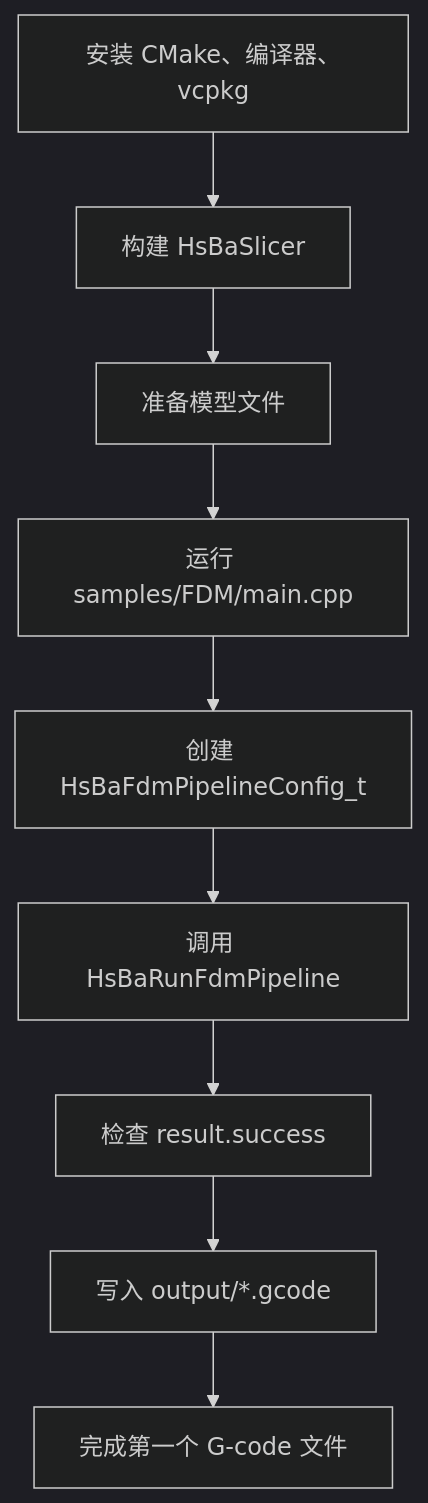
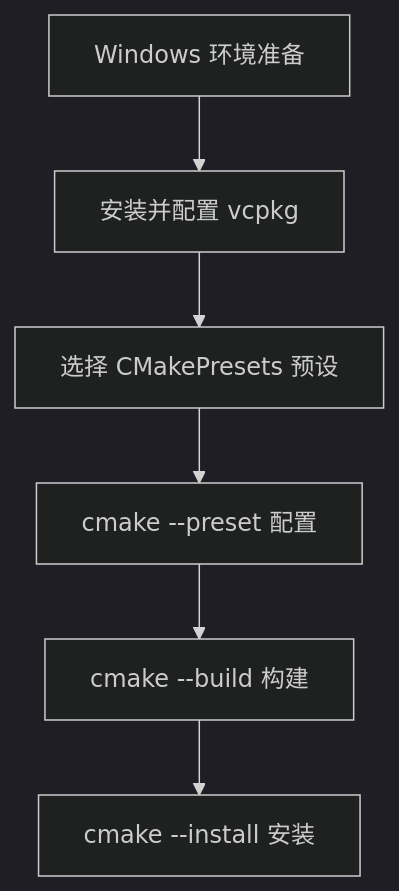
Before and after one commit to hsmbanlance/HsBaSlicer: the seventh of 10 diagrams in .qoder/repowiki/zh/content/项目概述与快速开始.md, drawn with Mermaid (dark theme). The commit also changed other lines of this file and 1095 other files, not shown here.

````diff
--- a/.qoder/repowiki/zh/content/项目概述与快速开始.md
+++ b/.qoder/repowiki/zh/content/项目概述与快速开始.md
@@ -381,11 +330,8 @@
 ```mermaid
 flowchart TD
-Install["安装 CMake、编译器、vcpkg"] --> Build["构建 HsBaSlicer"]
-Build --> Prepare["准备模型文件"]
-Prepare --> RunSample["运行 samples/FDM/main.cpp"]
-RunSample --> Config["创建 HsBaFdmPipelineConfig_t"]
-Config --> Execute["调用 HsBaRunFdmPipeline"]
-Execute --> Check["检查 result.success"]
-Check --> Write["写入 output/*.gcode"]
-Write --> Done["完成第一个 G-code 文件"]
+WinStart["Windows 环境准备"] --> Vcpkg["安装并配置 vcpkg"]
+Vcpkg --> Preset["选择 CMakePresets 预设"]
+Preset --> Configure["cmake --preset 配置"]
+Configure --> Build["cmake --build 构建"]
+Build --> Install["cmake --install 安装"]
 ```
````
